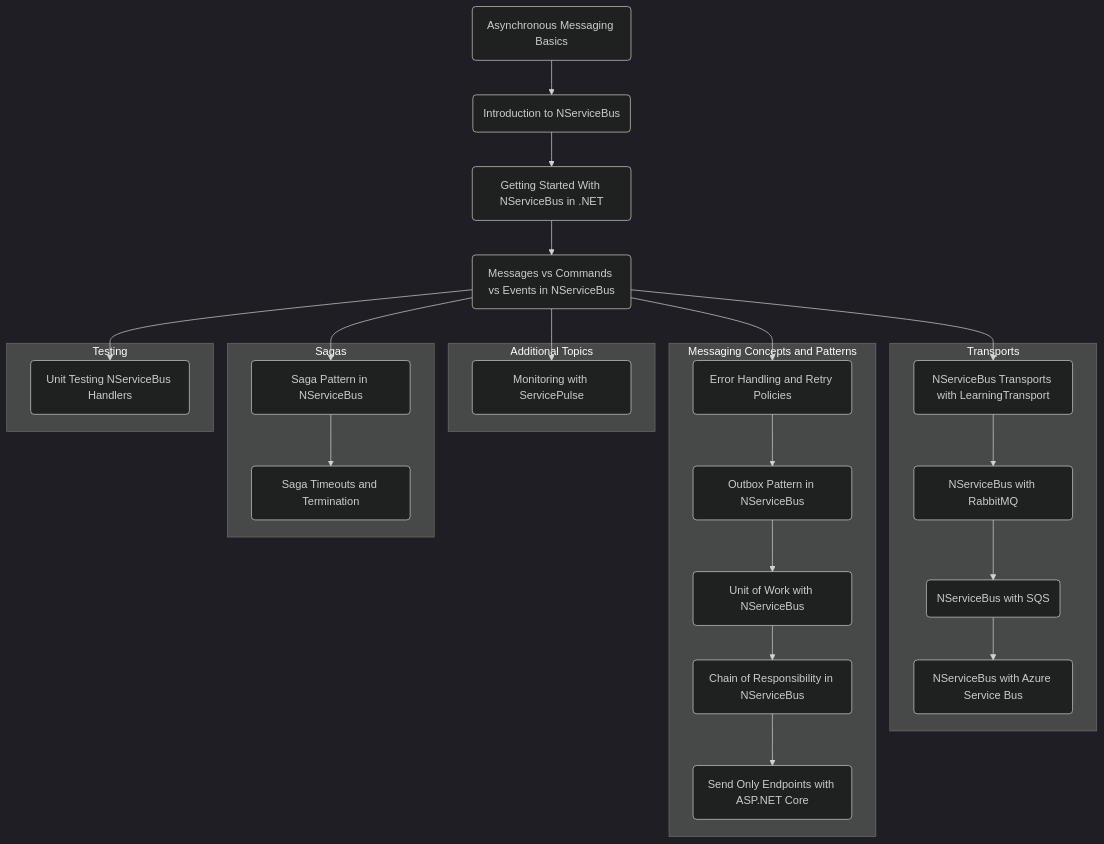
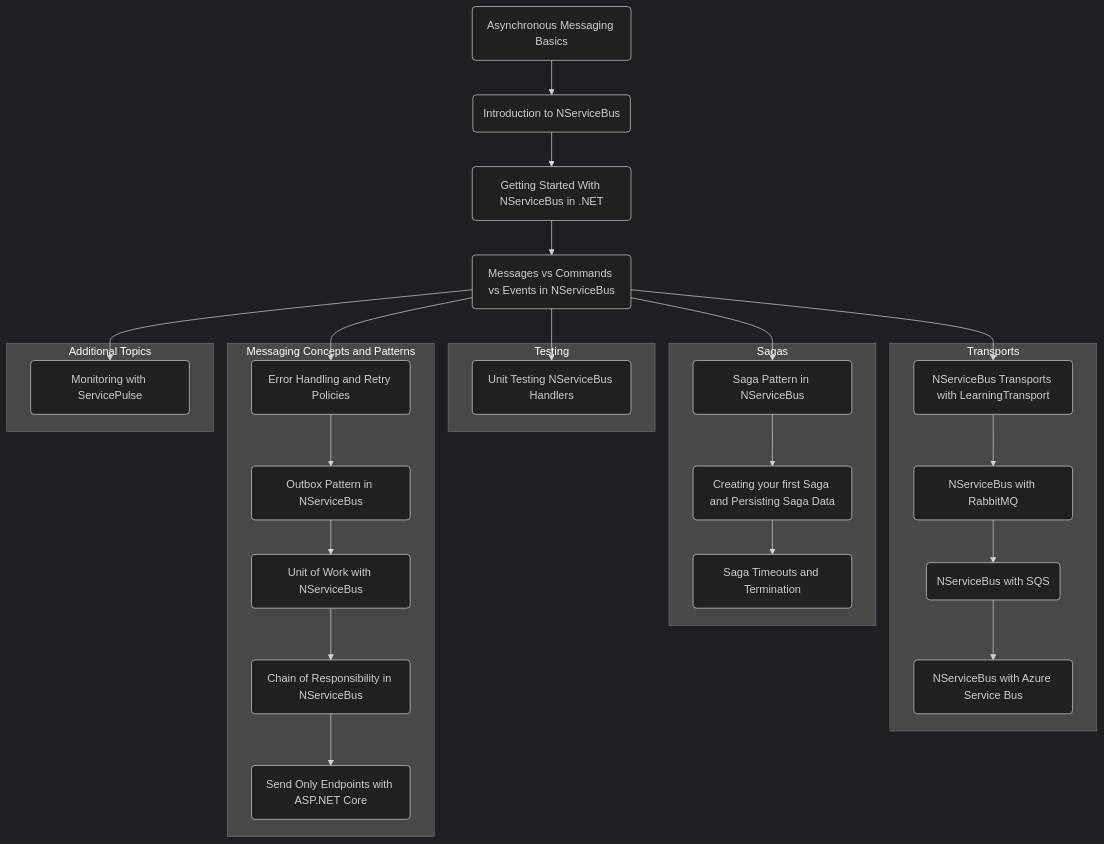
Before and after one commit to KyleMcMaster/kyle-mcmaster-blog: the diagram in backlog/AsynchronousMessaging.md, drawn with Mermaid (dark theme). The commit also changed other lines of this file, not shown here.

Commit message:
Additional tweaks for NSB content

````diff
--- a/backlog/AsynchronousMessaging.md
+++ b/backlog/AsynchronousMessaging.md
@@ -10,49 +10,51 @@
 ```mermaid
 flowchart TB
     id1(Asynchronous Messaging Basics)
     id2(Introduction to NServiceBus)
     id3(Getting Started With NServiceBus in .NET)
     id4(Messages vs Commands vs Events in NServiceBus)
     id5a(NServiceBus Transports with LearningTransport)
     id5b(NServiceBus with RabbitMQ)
     id5c(NServiceBus with SQS)
     id5d(NServiceBus with Azure Service Bus)
     id6a(Error Handling and Retry Policies)
     id6b(Outbox Pattern in NServiceBus)
     id6c(Unit of Work with NServiceBus)
     id6d(Chain of Responsibility in NServiceBus)
     id6e(Send Only Endpoints with ASP.NET Core)
     id7a(Saga Pattern in NServiceBus)
-    id7b(Saga Timeouts and Termination)
+    id7b(Creating your first Saga and Persisting Saga Data)
+    id7c(Saga Timeouts and Termination)
     id8a(Unit Testing NServiceBus Handlers)
     id9a(Monitoring with ServicePulse)
 
     id1 --> id2
     id2 --> id3
     id3 --> id4
+    id4 --> id7a
+    subgraph Sagas
+    id7a --> id7b
+    id7b --> id7c
+    end
+    id4 --> id8a
+    subgraph Testing
+    id8a
+    end
     id4 --> id5a
-    id4 --> id9a
-    subgraph Additional Topics
-    id9a
-    end
     subgraph Transports
     id5a --> id5b
     id5b --> id5c
     id5c --> id5d
     end
     id4 --> id6a
     subgraph Messaging Concepts and Patterns
     id6a --> id6b
     id6b --> id6c
     id6c --> id6d
     id6d --> id6e
     end
-    id4 --> id7a
-    subgraph Sagas
-    id7a --> id7b
-    end
-    id4 --> id8a
-    subgraph Testing
-    id8a
+    id4 --> id9a
+    subgraph Additional Topics
+    id9a
     end
 ```
````
